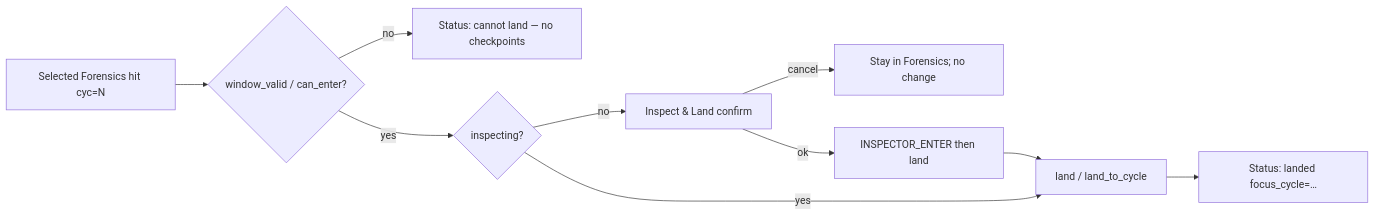
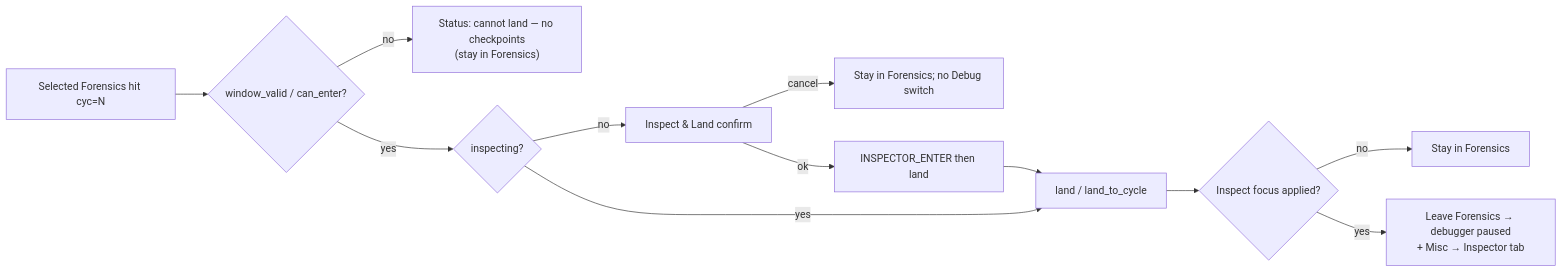
One commit to StewBC/machines changed the third of 3 diagrams in import/a2m/design/forensics-ui.md. Above: the diagram before and after it, drawn with Mermaid. The commit also changed other lines of this file and 9 other files, not shown here.

First line of the commit message:
frontend: Forensics Land leaves to debugger + Inspector tab

````diff
--- a/import/a2m/design/forensics-ui.md
+++ b/import/a2m/design/forensics-ui.md
@@ -327,12 +329,14 @@
 ```mermaid
 flowchart LR
     Hit["Selected Forensics hit cyc=N"] --> Win{"window_valid / can_enter?"}
-    Win -->|no| Soft["Status: cannot land — no checkpoints"]
+    Win -->|no| Soft["Status: cannot land — no checkpoints\n(stay in Forensics)"]
     Win -->|yes| Mode{"inspecting?"}
     Mode -->|no| Confirm["Inspect & Land confirm"]
-    Confirm -->|cancel| Stay["Stay in Forensics; no change"]
+    Confirm -->|cancel| Stay["Stay in Forensics; no Debug switch"]
     Confirm -->|ok| Enter["INSPECTOR_ENTER then land"]
     Mode -->|yes| Land["land / land_to_cycle"]
     Enter --> Land
-    Land --> Explain["Status: landed focus_cycle=…"]
+    Land --> Ok{"Inspect focus applied?"}
+    Ok -->|no| Stay2["Stay in Forensics"]
+    Ok -->|yes| Switch["Leave Forensics → debugger paused\n+ Misc → Inspector tab"]
 ```
````
